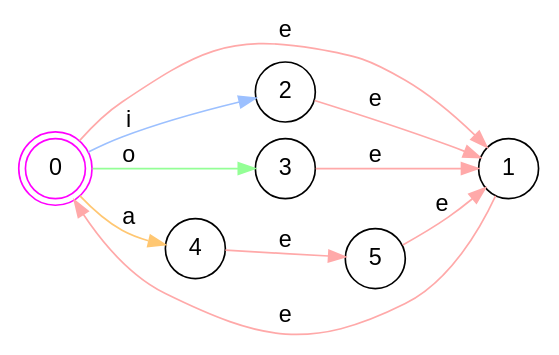
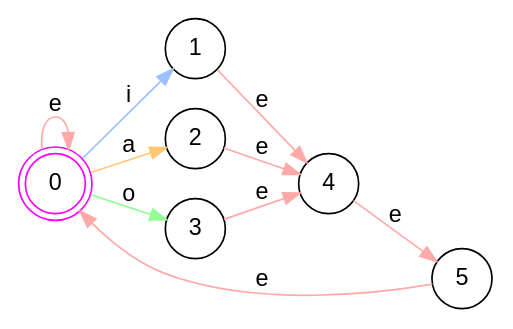
The diagram in content/tech/compression/fsm/graph1.gv (mitiko/blog), drawn with Graphviz before and after one commit. The commit also changed 1 other file, not shown here.

Commit message:
Update the example FSM graph

```diff
--- a/content/tech/compression/fsm/graph1.gv
+++ b/content/tech/compression/fsm/graph1.gv
@@ -1,17 +1,17 @@
 digraph th_ctx_acceptor {
 	fontname="Helvetica,Arial,sans-serif"
 	node [fontname="Helvetica,Arial,sans-serif"]
 	edge [fontname="Helvetica,Arial,sans-serif"]
 	rankdir=LR;
 	node [shape = doublecircle, color = magenta]; 0;
 	node [shape = circle, color = black];
-	    0 -> 1 [label = "e", color = "#ffa9a9"];
-	    0 -> 2 [label = "i", color = "#9cc0ff"];
+	    0 -> 0 [label = "e", color = "#ffa9a9"];
+	    0 -> 1 [label = "i", color = "#9cc0ff"];
+	    0 -> 2 [label = "a", color = "#ffc772"];
 	    0 -> 3 [label = "o", color = "#94ff96"];
-	    0 -> 4 [label = "a", color = "#ffc772"];
-	    1 -> 0 [label = "e", color = "#ffa9a9"];
-	    2 -> 1 [label = "e", color = "#ffa9a9"];
-	    3 -> 1 [label = "e", color = "#ffa9a9"];
+	    1 -> 4 [label = "e", color = "#ffa9a9"];
+	    2 -> 4 [label = "e", color = "#ffa9a9"];
+	    3 -> 4 [label = "e", color = "#ffa9a9"];
 	    4 -> 5 [label = "e", color = "#ffa9a9"];
-	    5 -> 1 [label = "e", color = "#ffa9a9"];
+	    5 -> 0 [label = "e", color = "#ffa9a9"];
 }
```
